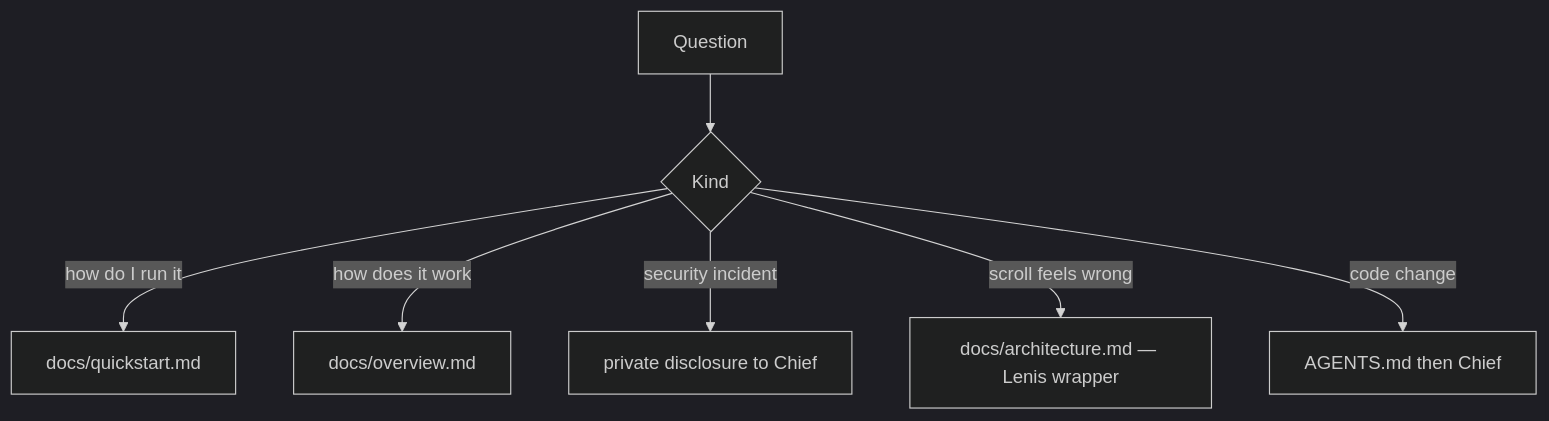
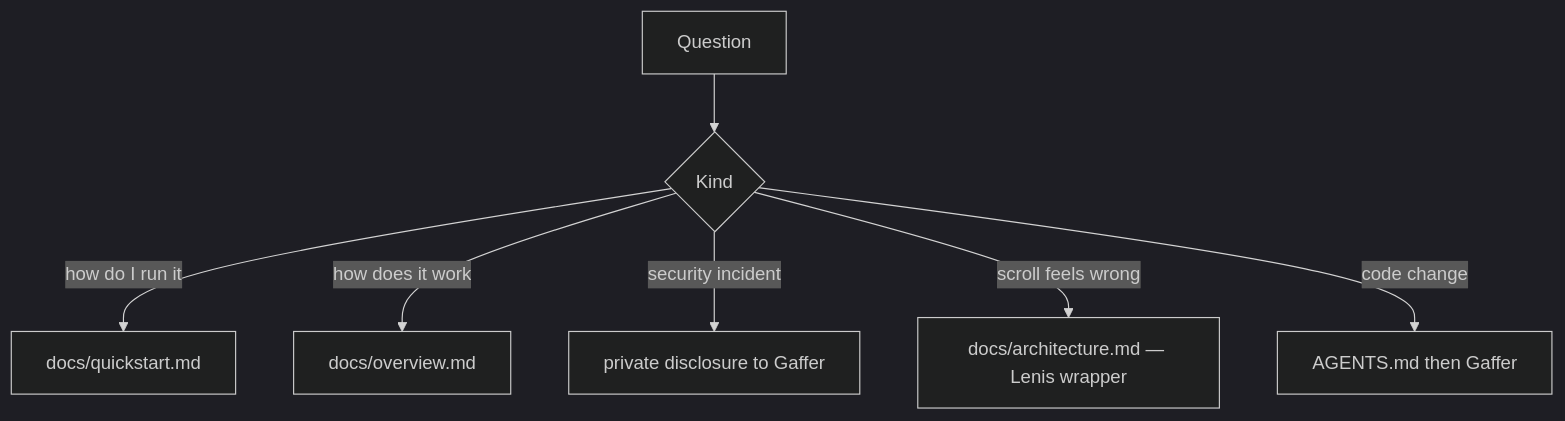
One commit to drferdi/Monorepo-safrs changed the diagram in projects/corporate/portfolio-drnovia/SUPPORT.md. Above: the diagram before and after it, drawn with Mermaid (dark theme). The commit also changed other lines of this file and 37 other files, not shown here.

````diff
--- a/projects/corporate/portfolio-drnovia/SUPPORT.md
+++ b/projects/corporate/portfolio-drnovia/SUPPORT.md
@@ -17,9 +17,9 @@
 ```mermaid
 flowchart TD
   Q["Question"] --> Kind{"Kind"}
   Kind -->|how do I run it| QS["docs/quickstart.md"]
   Kind -->|how does it work| OV["docs/overview.md"]
-  Kind -->|security incident| SEC["private disclosure to Chief"]
+  Kind -->|security incident| SEC["private disclosure to Gaffer"]
   Kind -->|scroll feels wrong| ARC["docs/architecture.md — Lenis wrapper"]
-  Kind -->|code change| AG["AGENTS.md then Chief"]
+  Kind -->|code change| AG["AGENTS.md then Gaffer"]
 ```
````
